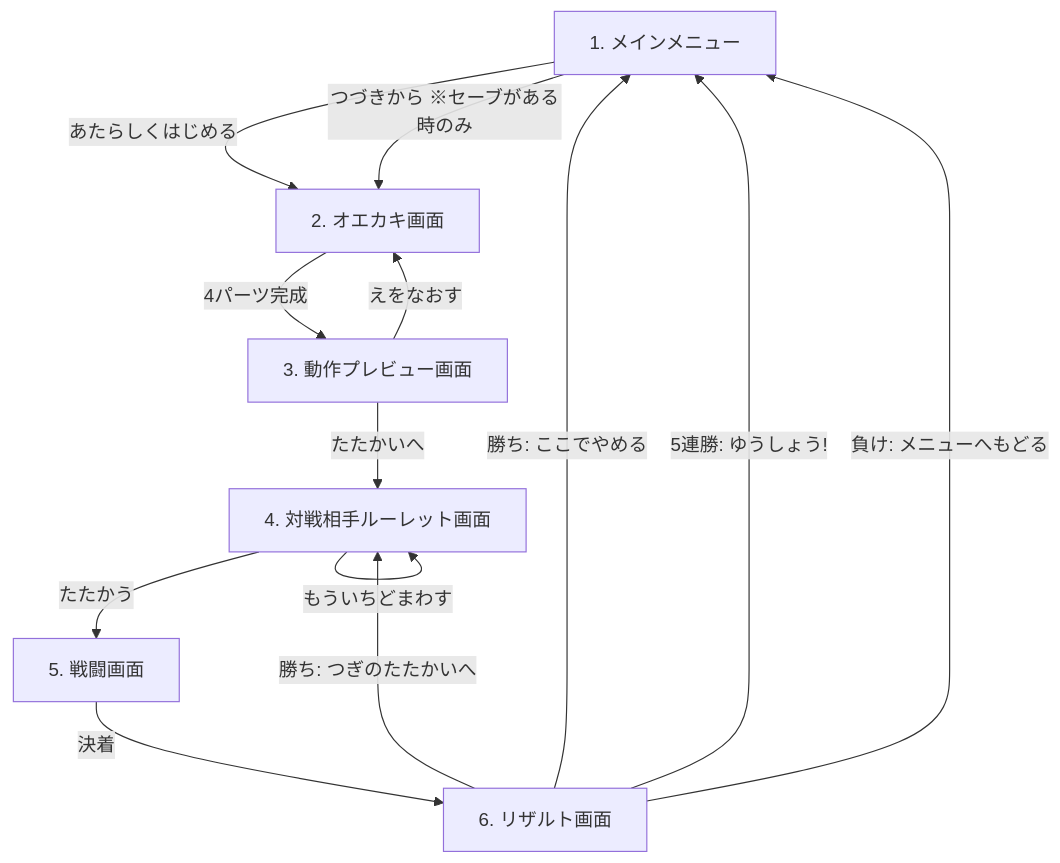
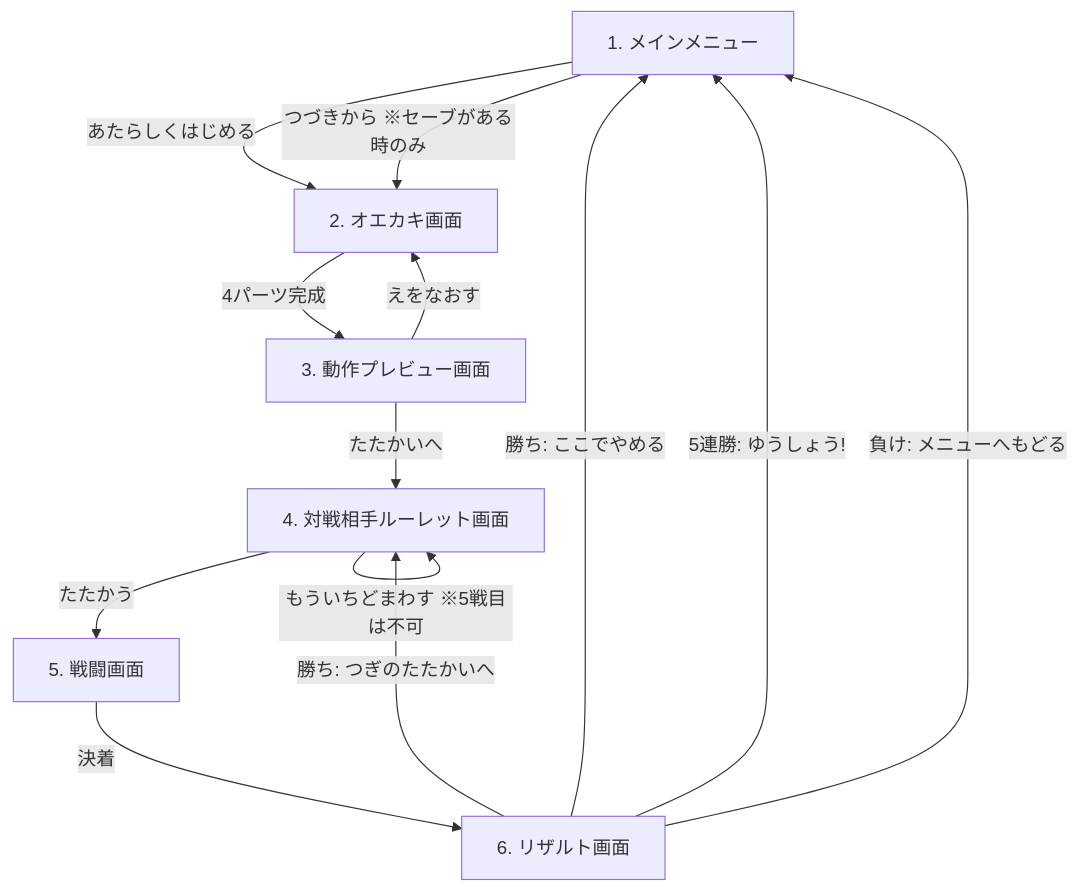
Before and after one commit to sakanayuki/cc_rakugaki: the diagram in DESIGN.md, drawn with Mermaid. The commit also changed other lines of this file, not shown here.

````diff
--- a/DESIGN.md
+++ b/DESIGN.md
@@ -34,15 +67,15 @@
 ```mermaid
 flowchart TD
     MENU[1. メインメニュー] -->|あたらしくはじめる| DRAW[2. オエカキ画面]
     MENU -->|つづきから ※セーブがある時のみ| DRAW
     DRAW -->|4パーツ完成| PREVIEW[3. 動作プレビュー画面]
     PREVIEW -->|えをなおす| DRAW
     PREVIEW -->|たたかいへ| ROULETTE[4. 対戦相手ルーレット画面]
     ROULETTE -->|たたかう| BATTLE[5. 戦闘画面]
-    ROULETTE -->|もういちどまわす| ROULETTE
+    ROULETTE -->|もういちどまわす ※5戦目は不可| ROULETTE
     BATTLE -->|決着| RESULT[6. リザルト画面]
     RESULT -->|勝ち: つぎのたたかいへ| ROULETTE
     RESULT -->|勝ち: ここでやめる| MENU
     RESULT -->|5連勝: ゆうしょう!| MENU
     RESULT -->|負け: メニューへもどる| MENU
 ```
````
